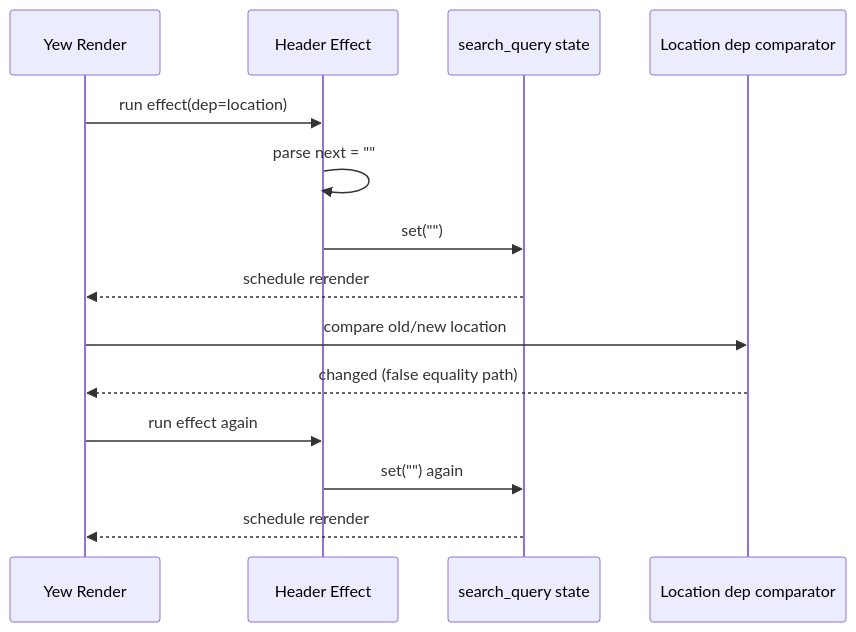
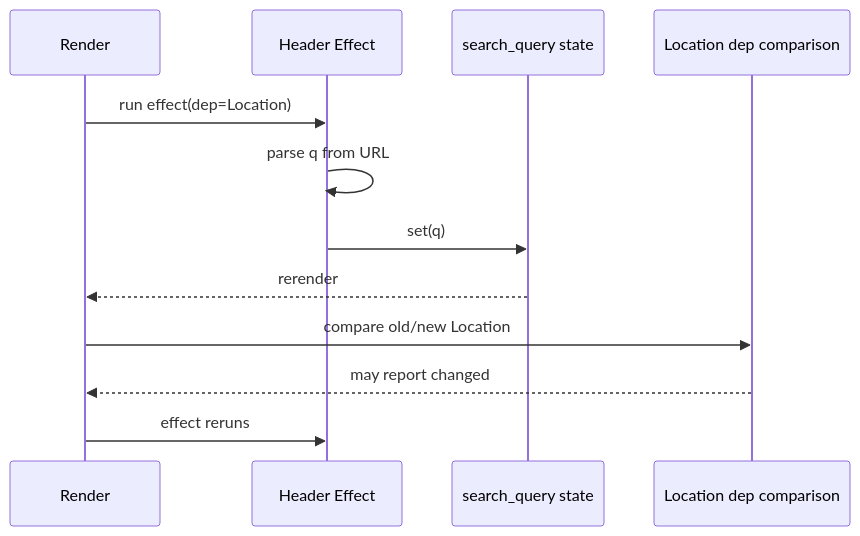
The first of 3 diagrams in docs/frontend-infinite-loading-header-location-loop.md (acking-you/static_flow), drawn with Mermaid before and after one commit. The commit also changed other lines of this file and 28 other files, not shown here.

First line of the commit message:
feat(article-summary-architect): add skill for generating bilingual article summaries

````diff
--- a/docs/frontend-infinite-loading-header-location-loop.md
+++ b/docs/frontend-infinite-loading-header-location-loop.md
@@ -149,17 +30,15 @@
-```mermaid
-sequenceDiagram
-    participant R as Yew Render
-    participant H as Header Effect
-    participant S as search_query state
-    participant L as Location dep comparator
+  ```mermaid
+  sequenceDiagram
+      participant R as Render
+      participant E as Header Effect
+      participant S as search_query state
+      participant L as Location dep comparison
 
-    R->>H: run effect(dep=location)
-    H->>H: parse next = ""
-    H->>S: set("")
-    S-->>R: schedule rerender
-    R->>L: compare old/new location
-    L-->>R: changed (false equality path)
-    R->>H: run effect again
-    H->>S: set("") again
-    S-->>R: schedule rerender
-```
+      R->>E: run effect(dep=Location)
+      E->>E: parse q from URL
+      E->>S: set(q)
+      S-->>R: rerender
+      R->>L: compare old/new Location
+      L-->>R: may report changed
+      R->>E: effect reruns
+  ```
````
